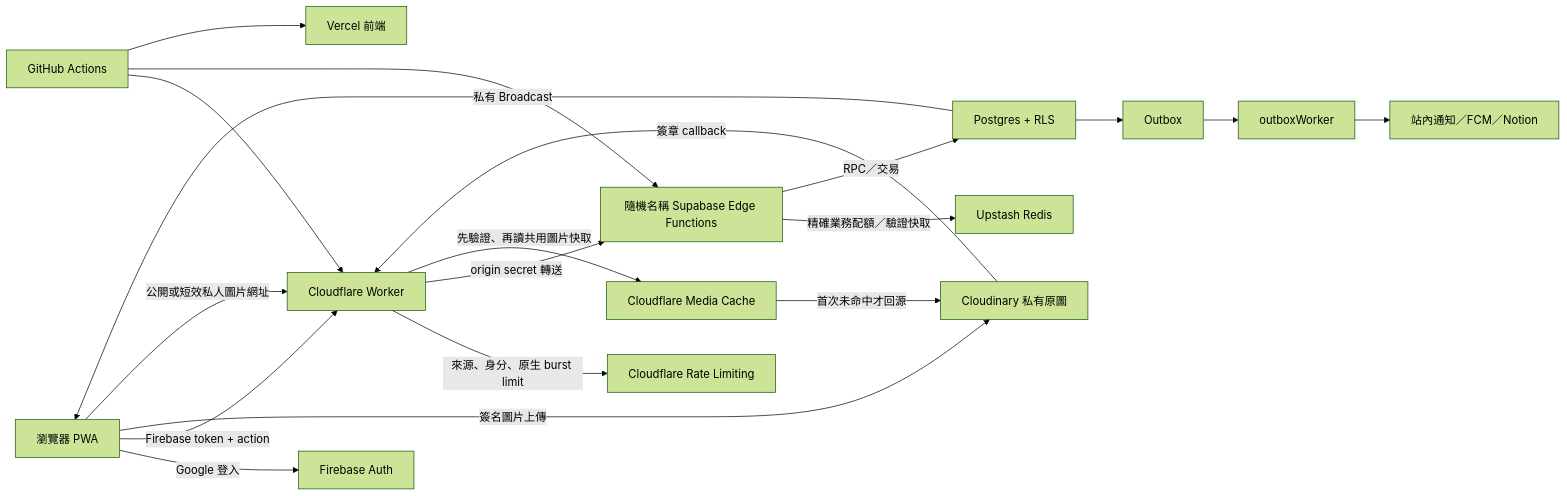
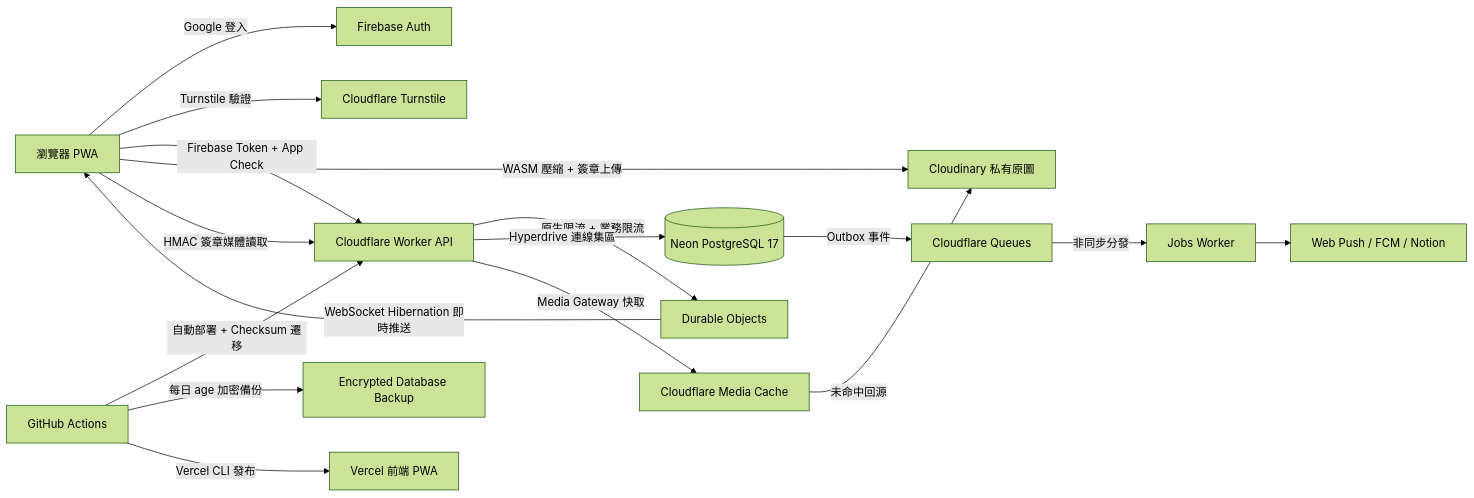
One commit to tavricccc/novae-website changed the diagram in docs/architecture.md. Above: the diagram before and after it, drawn with Mermaid (forest theme). The commit also changed other lines of this file and 47 other files, not shown here.

Commit message:
Refactor UI design system documentation for clarity and consistency; update user guide for improved user flow; enhance build script documentation; add Neon database setup instructions in both Chinese and English.

````diff
--- a/docs/architecture.md
+++ b/docs/architecture.md
@@ -7,21 +7,19 @@
 ```mermaid
 flowchart LR
   U[瀏覽器 PWA] -->|Google 登入| F[Firebase Auth]
-  U -->|Firebase token + action| CFW[Cloudflare Worker]
-  CFW -->|來源、身分、原生 burst limit| RL[Cloudflare Rate Limiting]
-  CFW -->|origin secret 轉送| E[隨機名稱 Supabase Edge Functions]
-  E -->|精確業務配額／驗證快取| R[Upstash Redis]
-  E -->|RPC／交易| P[Postgres + RLS]
-  P -->|私有 Broadcast| U
-  U -->|簽名圖片上傳| CLD[Cloudinary 私有原圖]
-  CLD -->|簽章 callback| CFW
-  U -->|公開或短效私人圖片網址| CFW
-  CFW -->|先驗證、再讀共用圖片快取| MC[Cloudflare Media Cache]
-  MC -->|首次未命中才回源| CLD
-  P --> O[Outbox]
-  O --> W[outboxWorker]
-  W --> N[站內通知／FCM／Notion]
-  G[GitHub Actions] --> CFW
-  G --> E
-  G --> V[Vercel 前端]
+  U -->|Turnstile 驗證| T[Cloudflare Turnstile]
+  U -->|Firebase Token + App Check| CFW[Cloudflare Worker API]
+  CFW -->|原生限流 + 業務限流| DO[Durable Objects]
+  CFW -->|Hyperdrive 連線集區| P[(Neon PostgreSQL 17)]
+  DO -->|WebSocket Hibernation 即時推送| U
+  U -->|WASM 壓縮 + 簽章上傳| CLD[Cloudinary 私有原圖]
+  U -->|HMAC 簽章媒體讀取| CFW
+  CFW -->|Media Gateway 快取| MC[Cloudflare Media Cache]
+  MC -->|未命中回源| CLD
+  P -->|Outbox 事件| Q[Cloudflare Queues]
+  Q -->|非同步分發| W[Jobs Worker]
+  W --> N[Web Push / FCM / Notion]
+  G[GitHub Actions] -->|自動部署 + Checksum 遷移| CFW
+  G -->|每日 age 加密備份| BK[Encrypted Database Backup]
+  G -->|Vercel CLI 發布| V[Vercel 前端 PWA]
 ```
````
